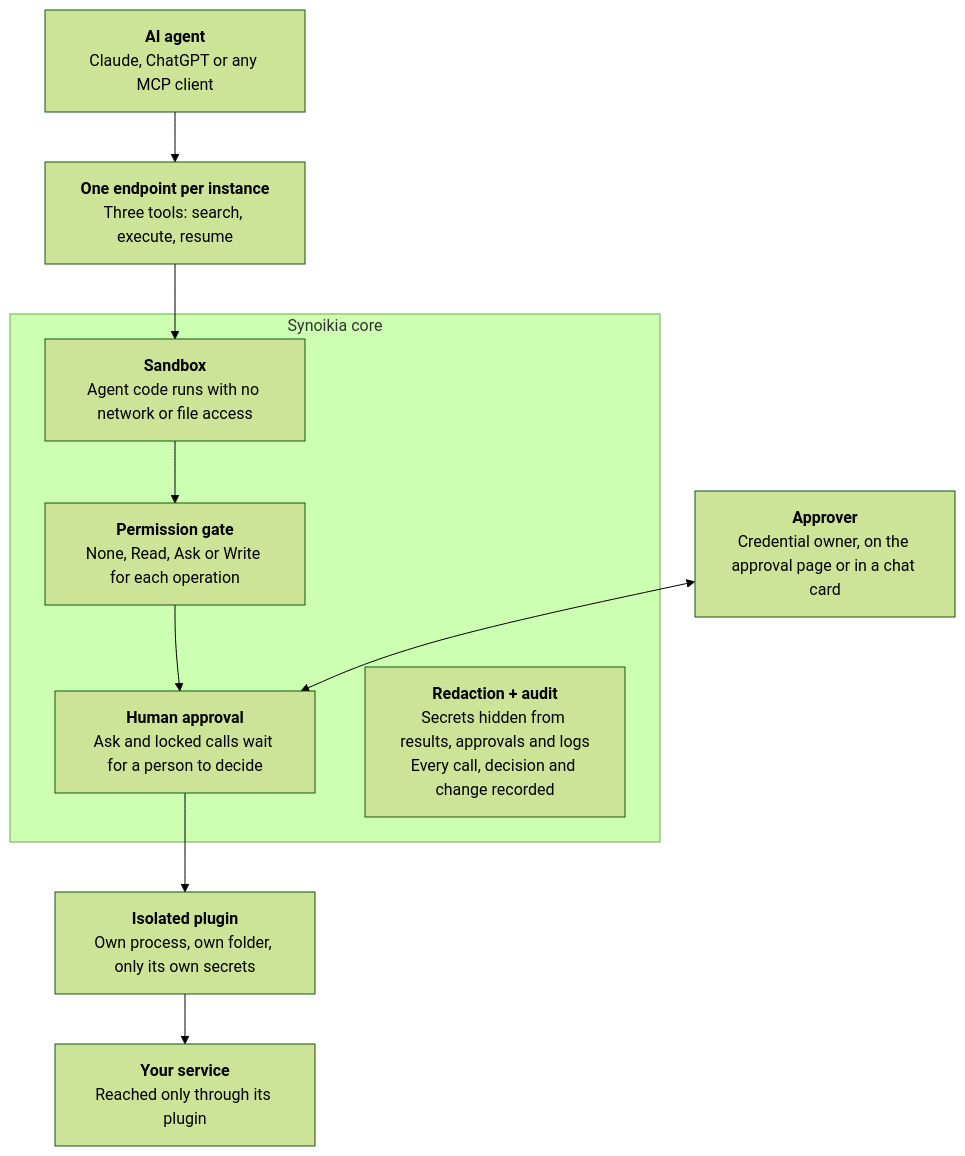
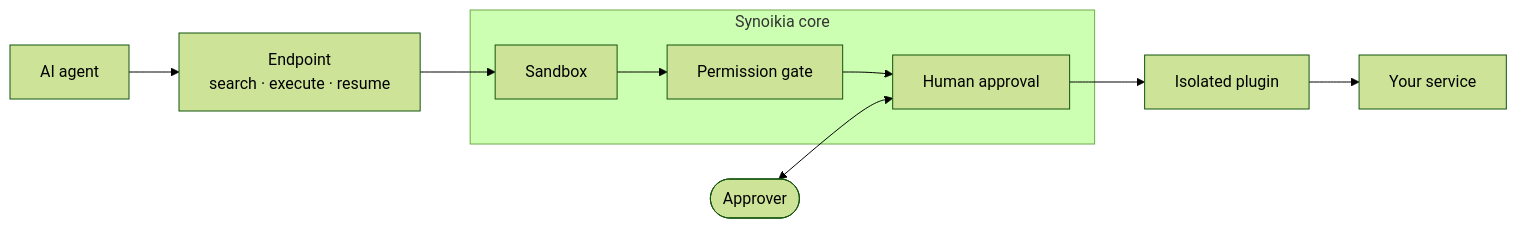
One commit to synoikia-org/synoikia-core changed the diagram in README.md. Above: the diagram before and after it, drawn with Mermaid (forest theme). The commit also changed other lines of this file, not shown here.

Commit message:
docs: the call path diagram reads left to right
One row of short boxes takes less room than the column of boxes with two lines each. The sentence under it says that core redacts and audits at each step.

````diff
--- a/README.md
+++ b/README.md
@@ -61,17 +61,10 @@
 ```mermaid
-flowchart TB
-  agent["<b>AI agent</b><br/>Claude, ChatGPT or any MCP client"]
-  endpoint["<b>One endpoint per instance</b><br/>Three tools: search, execute, resume"]
+flowchart LR
+  agent["AI agent"] --> endpoint["Endpoint<br/>search · execute · resume"]
   subgraph core["Synoikia core"]
-    sandbox["<b>Sandbox</b><br/>Agent code runs with no network or file access"]
-    gate["<b>Permission gate</b><br/>None, Read, Ask or Write for each operation"]
-    approval["<b>Human approval</b><br/>Ask and locked calls wait for a person to decide"]
-    redaction["<b>Redaction + audit</b><br/>Secrets hidden from results, approvals and logs<br/>Every call, decision and change recorded"]
+    sandbox["Sandbox"] --> gate["Permission gate"] --> approval["Human approval"]
   end
-  approver["<b>Approver</b><br/>Credential owner, on the approval page or in a chat card"]
-  plugin["<b>Isolated plugin</b><br/>Own process, own folder, only its own secrets"]
-  service["<b>Your service</b><br/>Reached only through its plugin"]
-
-  agent --> endpoint --> sandbox --> gate --> approval --> plugin --> service
-  approver <--> approval
+  endpoint --> sandbox
+  approver(["Approver"]) <--> approval
+  approval --> plugin["Isolated plugin"] --> service["Your service"]
 ```
````
